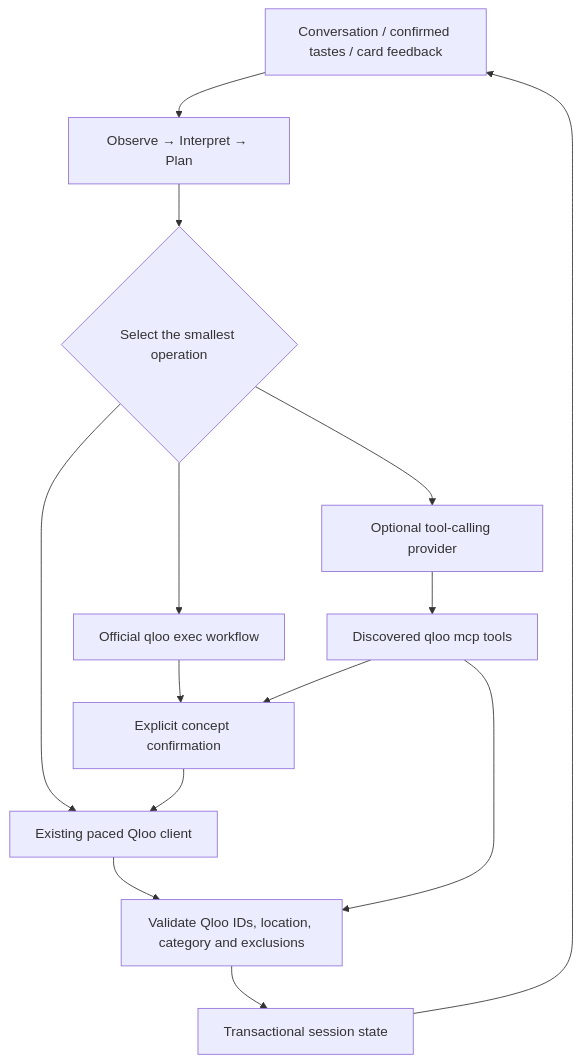
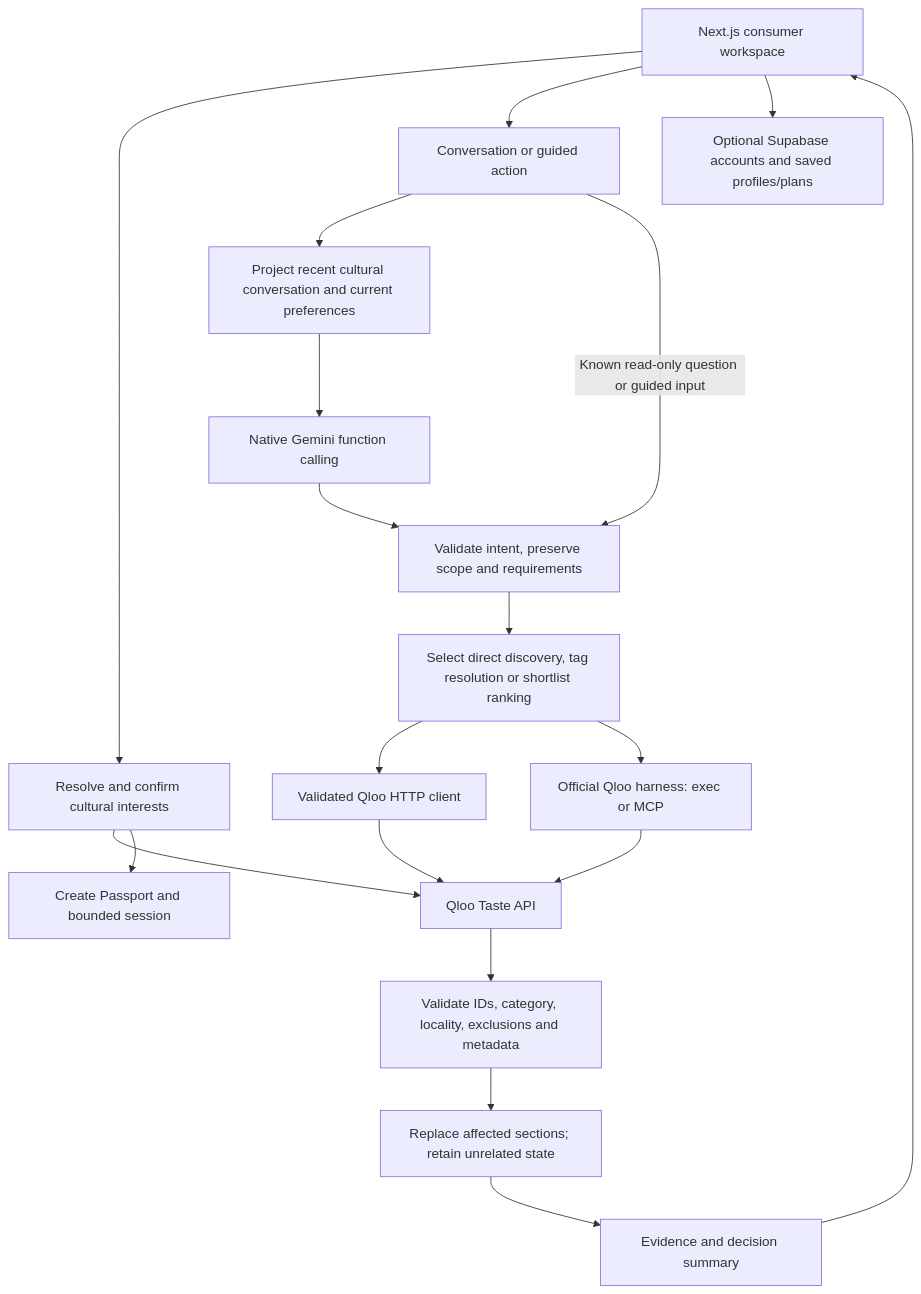
Before and after one commit to appinikrishnachaitanya/faveroam-ai: the diagram in docs/AGENT_ARCHITECTURE.md, drawn with Mermaid. The commit also changed other lines of this file and 62 other files, not shown here.

````diff
--- a/docs/AGENT_ARCHITECTURE.md
+++ b/docs/AGENT_ARCHITECTURE.md
@@ -13,16 +7,21 @@
 ```mermaid
 flowchart TD
-  UI[Conversation / confirmed tastes / card feedback] --> Agent[Observe → Interpret → Plan]
-  Agent --> Choice{Select the smallest operation}
-  Choice --> Direct[Existing paced Qloo client]
-  Choice --> Exec[Official qloo exec workflow]
-  Choice --> Model[Optional tool-calling provider]
-  Model --> MCP[Discovered qloo mcp tools]
-  Direct --> Validate[Validate Qloo IDs, location, category and exclusions]
-  Exec --> Confirm[Explicit concept confirmation]
-  MCP --> Confirm
-  MCP --> Validate
-  Confirm --> Direct
-  Validate --> State[Transactional session state]
-  State --> UI
+  UI[Next.js consumer workspace] --> Resolve[Resolve and confirm cultural interests]
+  Resolve --> Qloo[Qloo Taste API]
+  Resolve --> Passport[Create Passport and bounded session]
+  UI --> Turn[Conversation or guided action]
+  Turn --> Context[Project recent cultural conversation and current preferences]
+  Context --> Gemini[Native Gemini function calling]
+  Gemini --> Policy[Validate intent, preserve scope and requirements]
+  Turn -->|Known read-only question or guided input| Policy
+  Policy --> Plan[Select direct discovery, tag resolution or shortlist ranking]
+  Plan --> Direct[Validated Qloo HTTP client]
+  Plan --> Harness[Official Qloo harness: exec or MCP]
+  Harness --> Qloo
+  Direct --> Qloo
+  Qloo --> Validate[Validate IDs, category, locality, exclusions and metadata]
+  Validate --> Commit[Replace affected sections; retain unrelated state]
+  Commit --> Reply[Evidence and decision summary]
+  Reply --> UI
+  UI --> Storage[Optional Supabase accounts and saved profiles/plans]
 ```
````
